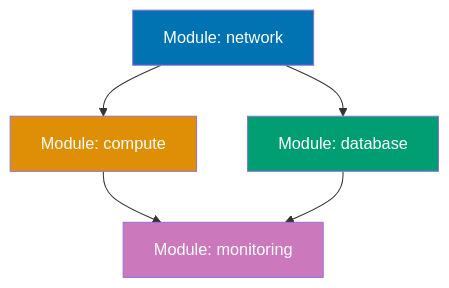
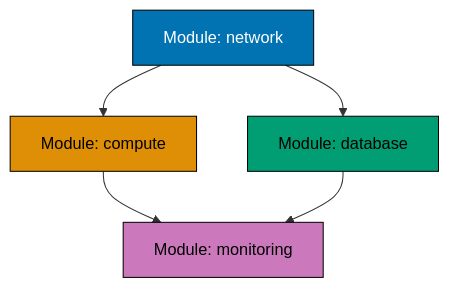
Before and after one commit to wahidyankf/ose-public: the second of 11 diagrams in apps/ayokoding-www/content/en/learn/legacy/software-engineering/infrastructure/tools/terraform/by-example/intermediate.md, drawn with Mermaid. The commit also changed other lines of this file and 131 other files, not shown here.

First line of the commit message:
fix(mermaid): bring the legacy data, infrastructure, and testing diagrams onto the accessible palette

````diff
--- a/apps/ayokoding-www/content/en/learn/legacy/software-engineering/infrastructure/tools/terraform/by-example/intermediate.md
+++ b/apps/ayokoding-www/content/en/learn/legacy/software-engineering/infrastructure/tools/terraform/by-example/intermediate.md
@@ -498,13 +505,20 @@
 ```mermaid
 %% Color Palette: Blue #0173B2, Orange #DE8F05, Teal #029E73, Purple #CC78BC, Brown #CA9161
 graph TD
+ accTitle: Example 32: Module Composition with Dependencies
+ accDescr: Graph with 4 nodes and 4 connections. Nodes: Module: network, Module: compute, Module: database, Module: monitoring. Connections: Module: network to Module: compute, Module: network to Module: database, Module: compute to Module: monitoring, Module: database to Module: monitoring.
  A["Module: network"] --> B["Module: compute"]
  A --> C["Module: database"]
  B --> D["Module: monitoring"]
  C --> D
 
- style A fill:#0173B2,color:#fff
- style B fill:#DE8F05,color:#fff
- style C fill:#029E73,color:#fff
- style D fill:#CC78BC,color:#fff
+ classDef pal-0173B2 fill:#0173B2,stroke:#000000,color:#FFFFFF
+ class A pal-0173B2
+ classDef pal-DE8F05 fill:#DE8F05,stroke:#000000,color:#000000
+ class B pal-DE8F05
+ classDef pal-029E73 fill:#029E73,stroke:#000000,color:#000000
+ class C pal-029E73
+ classDef pal-CC78BC fill:#CC78BC,stroke:#000000,color:#000000
+ class D pal-CC78BC
+ classDef default fill:#FFFFFF,stroke:#000000,color:#000000
 ```
````
